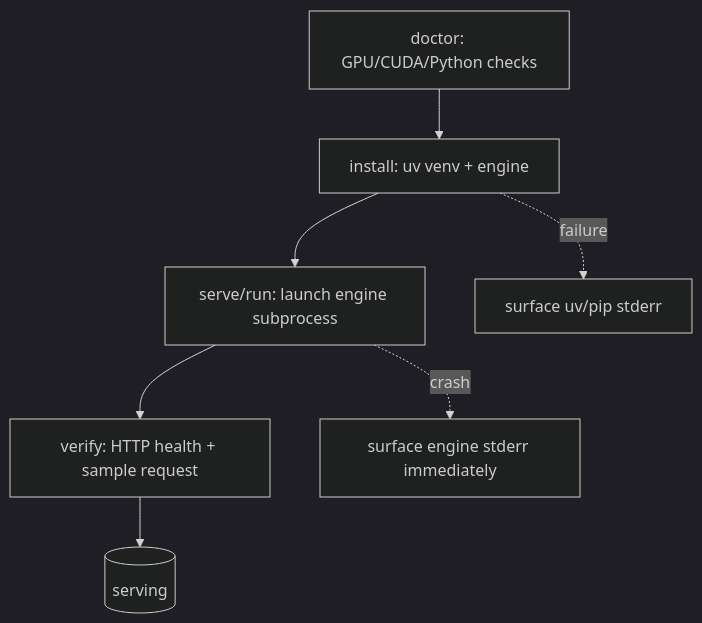
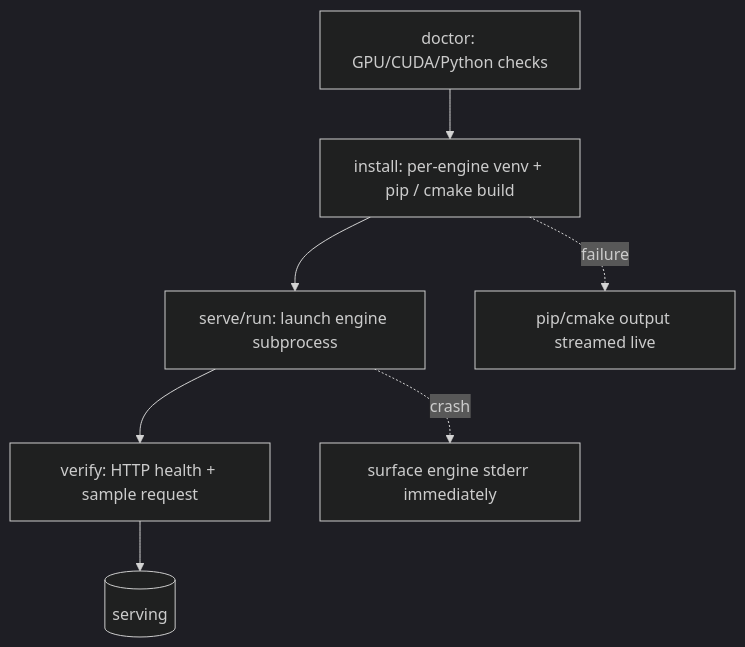
Before and after one commit to svngoku/hermes-cli: the first of 2 diagrams in docs/RELIABILITY.md, drawn with Mermaid (dark theme). The commit also changed other lines of this file and 35 other files, not shown here.

````diff
--- a/docs/RELIABILITY.md
+++ b/docs/RELIABILITY.md
@@ -20,10 +20,10 @@
 ```mermaid
 flowchart TD
     doctor[doctor: GPU/CUDA/Python checks] --> install
-    install[install: uv venv + engine] --> serve
+    install[install: per-engine venv + pip / cmake build] --> serve
     serve[serve/run: launch engine subprocess] --> verify
     verify[verify: HTTP health + sample request] --> ready[(serving)]
 
-    install -. failure .-> reason1[surface uv/pip stderr]
+    install -. failure .-> reason1[pip/cmake output streamed live]
     serve -. crash .-> reason2[surface engine stderr immediately]
 ```
````
